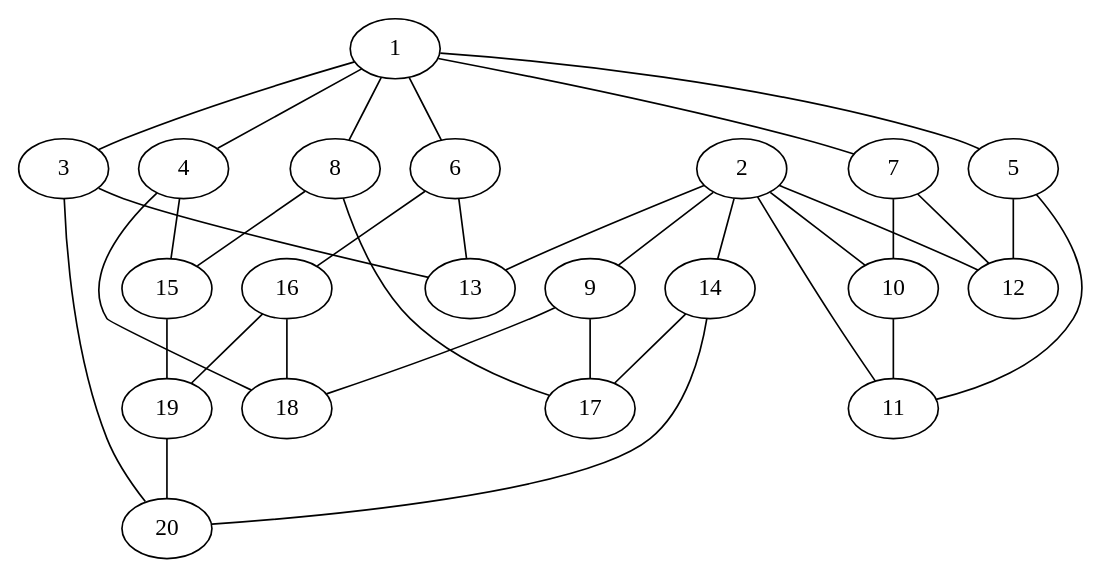
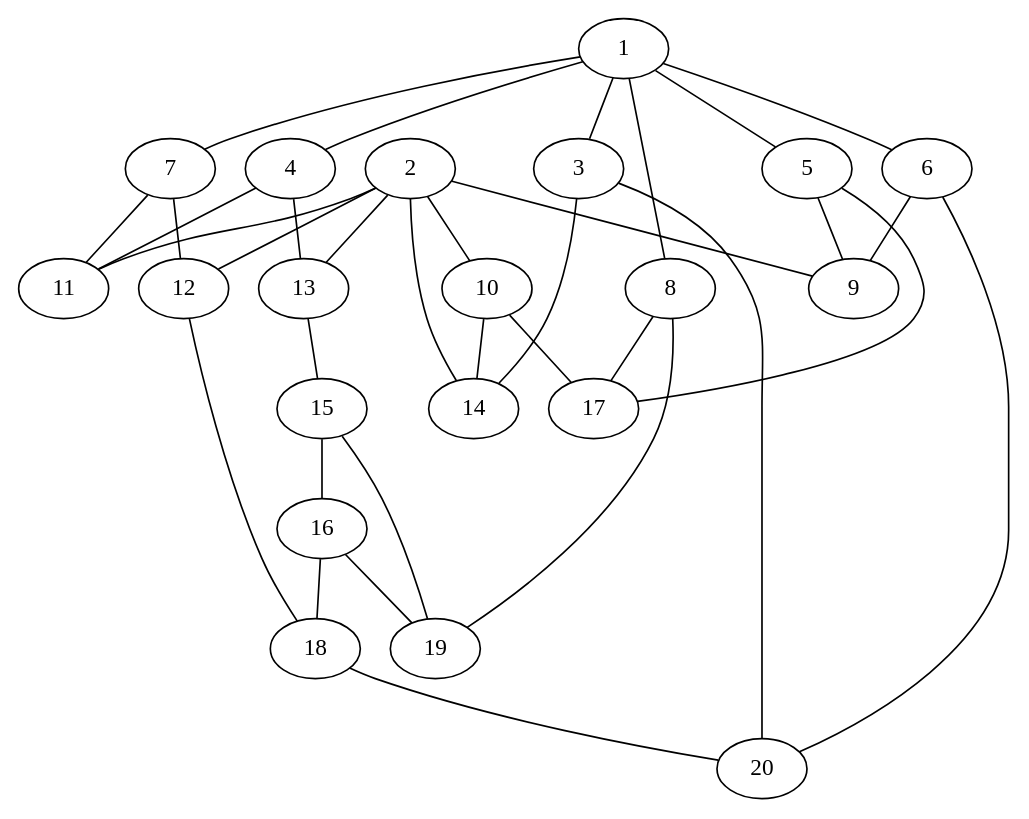
One commit to markusju/ava-u2 changed the diagram in file.dot. Above: the diagram before and after it, drawn with Graphviz. The commit also changed 1 other file, not shown here.

```diff
--- a/file.dot
+++ b/file.dot
@@ -1,35 +1,35 @@
 graph G {
 3 -- 20;
-10 -- 11;
 16 -- 18;
-14 -- 17;
+18 -- 20;
+6 -- 9;
 16 -- 19;
-14 -- 20;
+10 -- 14;
+12 -- 18;
 2 -- 9;
-6 -- 13;
-8 -- 15;
+4 -- 11;
+10 -- 17;
 2 -- 10;
 2 -- 11;
+4 -- 13;
 8 -- 17;
 2 -- 12;
-6 -- 16;
 2 -- 13;
-4 -- 15;
+8 -- 19;
 2 -- 14;
-4 -- 18;
-19 -- 20;
+6 -- 20;
+15 -- 16;
 1 -- 3;
+13 -- 15;
 1 -- 4;
-7 -- 10;
 1 -- 5;
+5 -- 9;
+7 -- 11;
 15 -- 19;
 1 -- 6;
 7 -- 12;
 1 -- 7;
-5 -- 11;
 1 -- 8;
-5 -- 12;
-9 -- 17;
-9 -- 18;
-3 -- 13;
+3 -- 14;
+5 -- 17;
 }
```
